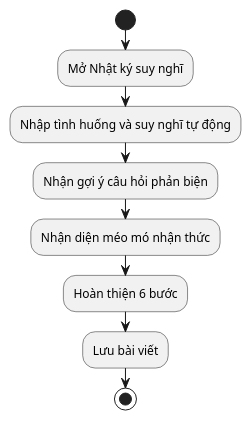
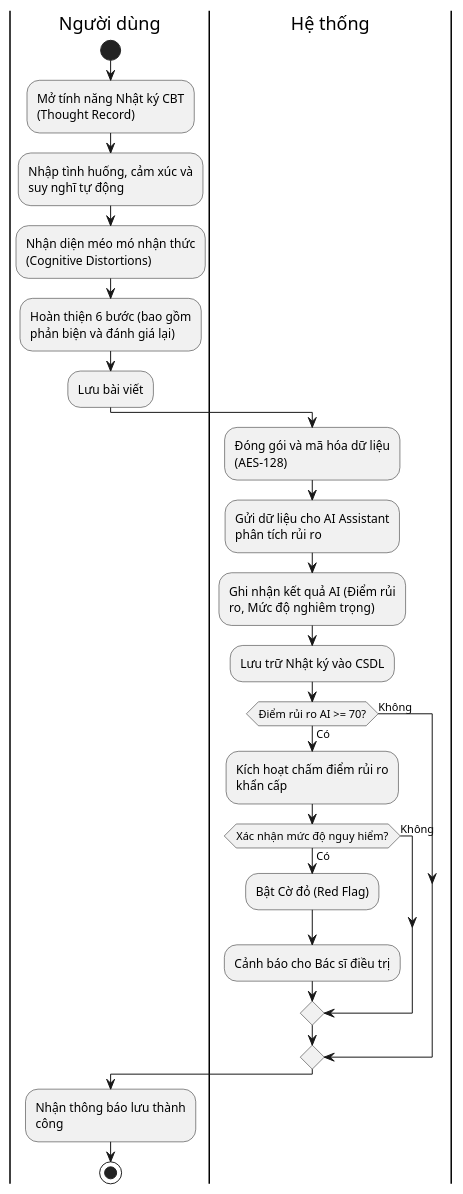
The diagram in docs/diagrams/Bieudohoatdong/uc05_thought_record_ai_bieudohoatdong.puml (phuongtech24/do_an), drawn with PlantUML before and after one commit. The commit also changed 33 other files, not shown here.

Commit message:
[Add]: Thêm tính năng xác thực qua email khi login và đăng ký

```diff
--- a/docs/diagrams/Bieudohoatdong/uc05_thought_record_ai_bieudohoatdong.puml
+++ b/docs/diagrams/Bieudohoatdong/uc05_thought_record_ai_bieudohoatdong.puml
@@ -1,11 +1,32 @@
 @startuml
 skinparam defaultFontName "Times New Roman"
+skinparam wrapWidth 180
+skinparam NodePadding 20
+
+|Người dùng|
 start
-:Mở Nhật ký suy nghĩ;
-:Nhập tình huống và suy nghĩ tự động;
-:Nhận gợi ý câu hỏi phản biện;
-:Nhận diện méo mó nhận thức;
-:Hoàn thiện 6 bước;
+:Mở tính năng Nhật ký CBT (Thought Record);
+:Nhập tình huống, cảm xúc và suy nghĩ tự động;
+:Nhận diện méo mó nhận thức (Cognitive Distortions);
+:Hoàn thiện 6 bước (bao gồm phản biện và đánh giá lại);
 :Lưu bài viết;
+
+|Hệ thống|
+:Đóng gói và mã hóa dữ liệu (AES-128);
+:Gửi dữ liệu cho AI Assistant phân tích rủi ro;
+:Ghi nhận kết quả AI (Điểm rủi ro, Mức độ nghiêm trọng);
+:Lưu trữ Nhật ký vào CSDL;
+if (Điểm rủi ro AI >= 70?) then (Có)
+  :Kích hoạt chấm điểm rủi ro khẩn cấp;
+  if (Xác nhận mức độ nguy hiểm?) then (Có)
+    :Bật Cờ đỏ (Red Flag);
+    :Cảnh báo cho Bác sĩ điều trị;
+  else (Không)
+  endif
+else (Không)
+endif
+
+|Người dùng|
+:Nhận thông báo lưu thành công;
 stop
 @enduml
```
